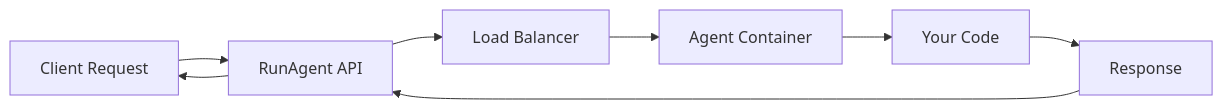
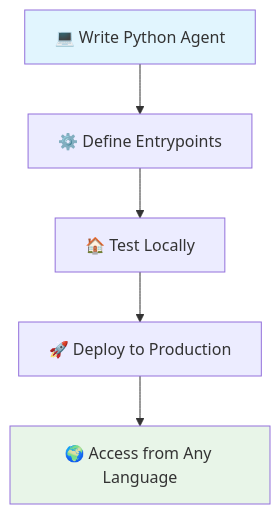
The first of 4 diagrams in docs/get-started/core-concepts.mdx (runagent-dev/runagent), drawn with Mermaid before and after one commit. The commit also changed other lines of this file and 8 other files, not shown here.

````diff
--- a/docs/get-started/core-concepts.mdx
+++ b/docs/get-started/core-concepts.mdx
@@ -175,10 +62,10 @@
 ```mermaid
-graph LR
-    A[Client Request] --> B[RunAgent API]
-    B --> C[Load Balancer]
-    C --> D[Agent Container]
-    D --> E[Your Code]
-    E --> F[Response]
-    F --> B
-    B --> A
+graph TD
+    A[💻 Write Python Agent] --> B[⚙️ Define Entrypoints]
+    B --> C[🏠 Test Locally]
+    C --> D[🚀 Deploy to Production]
+    D --> E[🌍 Access from Any Language]
+    
+    style A fill:#e1f5fe
+    style E fill:#e8f5e8
 ```
````
